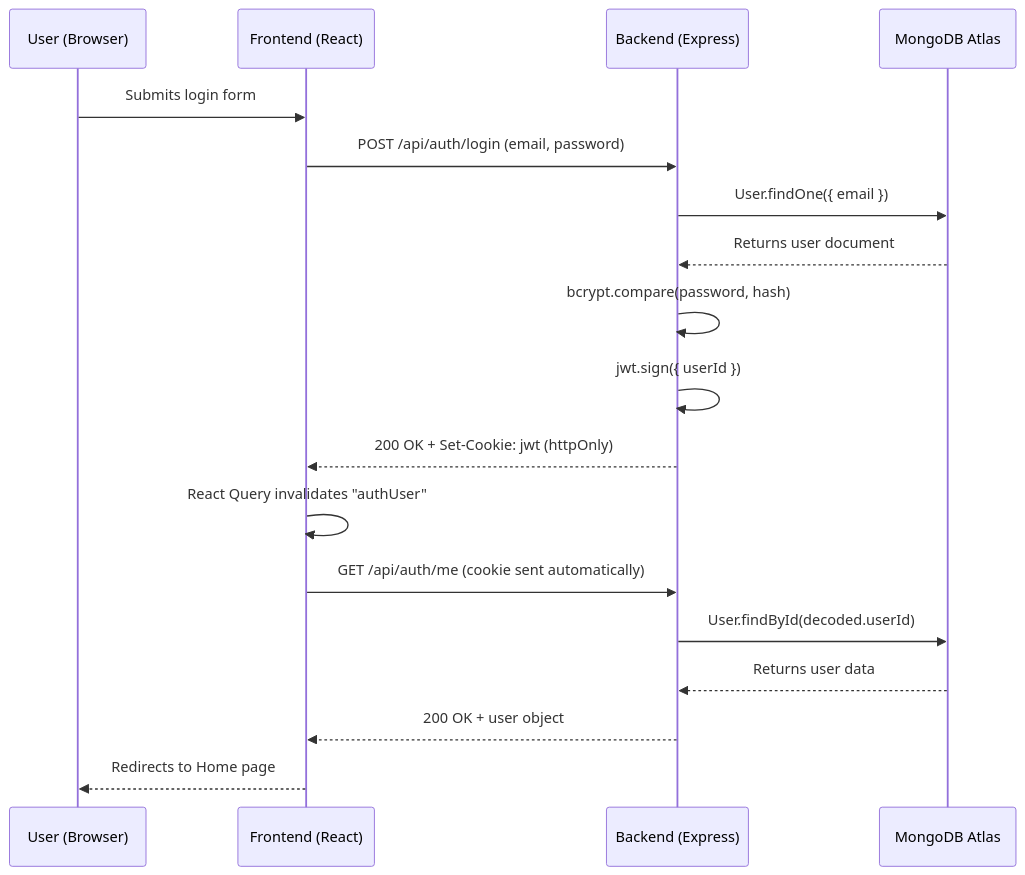
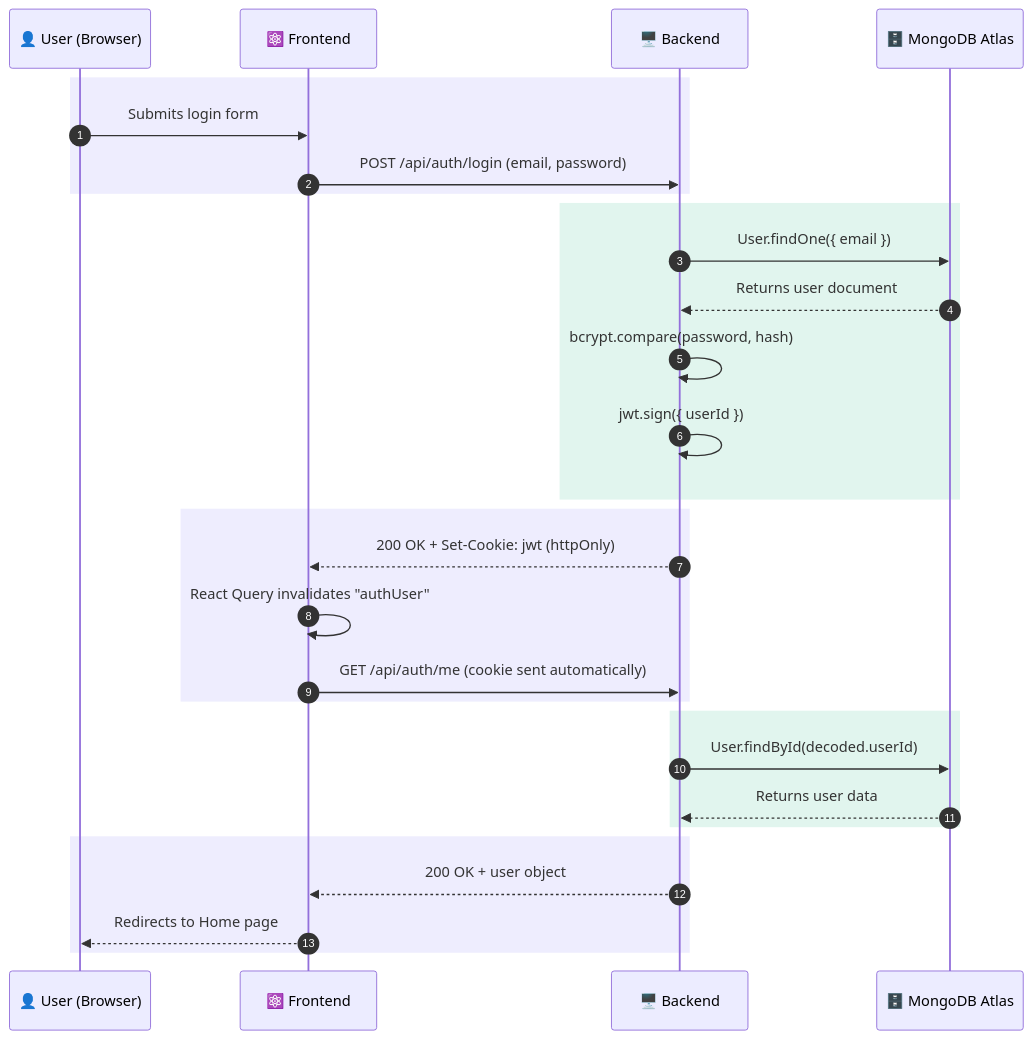
One commit to aasthabajpai010/BhashaShikho changed the second of 4 diagrams in ARCHITECTURE.md. Above: the diagram before and after it, drawn with Mermaid. The commit also changed other lines of this file, not shown here.

Commit message:
Add colors to architecture and sequence diagrams

````diff
--- a/ARCHITECTURE.md
+++ b/ARCHITECTURE.md
@@ -50,21 +64,32 @@
 ```mermaid
 sequenceDiagram
-    participant U as User (Browser)
-    participant F as Frontend (React)
-    participant B as Backend (Express)
-    participant M as MongoDB Atlas
+    autonumber
+    participant U as 👤 User (Browser)
+    participant F as ⚛️ Frontend
+    participant B as 🖥️ Backend
+    participant M as 🗄️ MongoDB Atlas
 
+    rect rgb(238, 237, 254)
     U->>F: Submits login form
     F->>B: POST /api/auth/login (email, password)
+    end
+    rect rgb(225, 245, 238)
     B->>M: User.findOne({ email })
     M-->>B: Returns user document
     B->>B: bcrypt.compare(password, hash)
     B->>B: jwt.sign({ userId })
+    end
+    rect rgb(238, 237, 254)
     B-->>F: 200 OK + Set-Cookie: jwt (httpOnly)
     F->>F: React Query invalidates "authUser"
     F->>B: GET /api/auth/me (cookie sent automatically)
+    end
+    rect rgb(225, 245, 238)
     B->>M: User.findById(decoded.userId)
     M-->>B: Returns user data
+    end
+    rect rgb(238, 237, 254)
     B-->>F: 200 OK + user object
     F-->>U: Redirects to Home page
+    end
 ```
````
